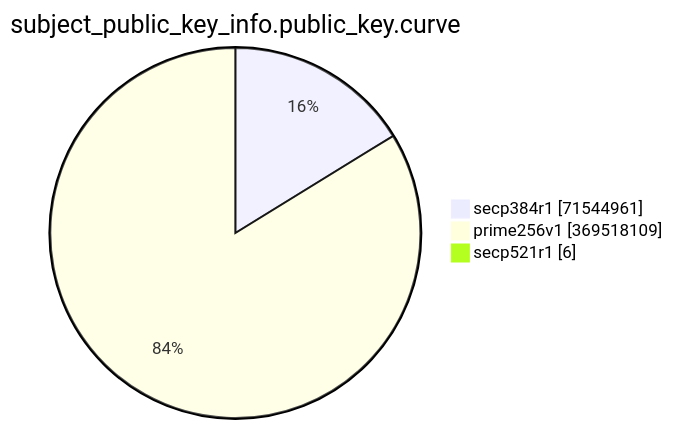
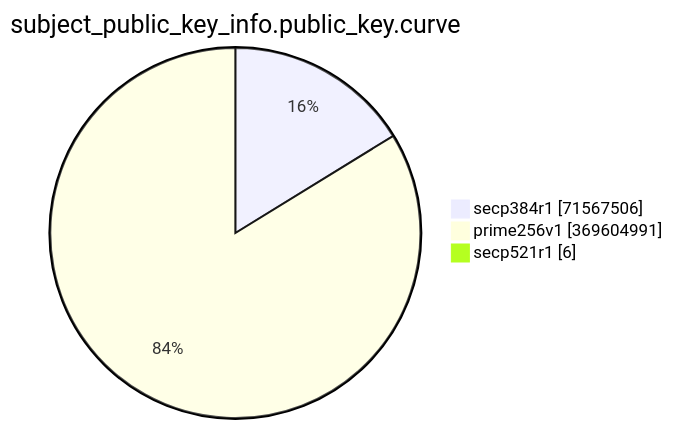
The eighth of 15 diagrams in TOTAL/README.md (christiankrug/ctmonitor_visualization), drawn with Mermaid before and after one commit. The commit also changed other lines of this file, not shown here.

````diff
--- a/TOTAL/README.md
+++ b/TOTAL/README.md
@@ -3092,7 +3092,7 @@
 ```mermaid
 pie showData
 title subject_public_key_info.public_key.curve
-"secp384r1" :71544961
-"prime256v1" :369518109
+"secp384r1" :71567506
+"prime256v1" :369604991
 "secp521r1" :6
 ```
````
